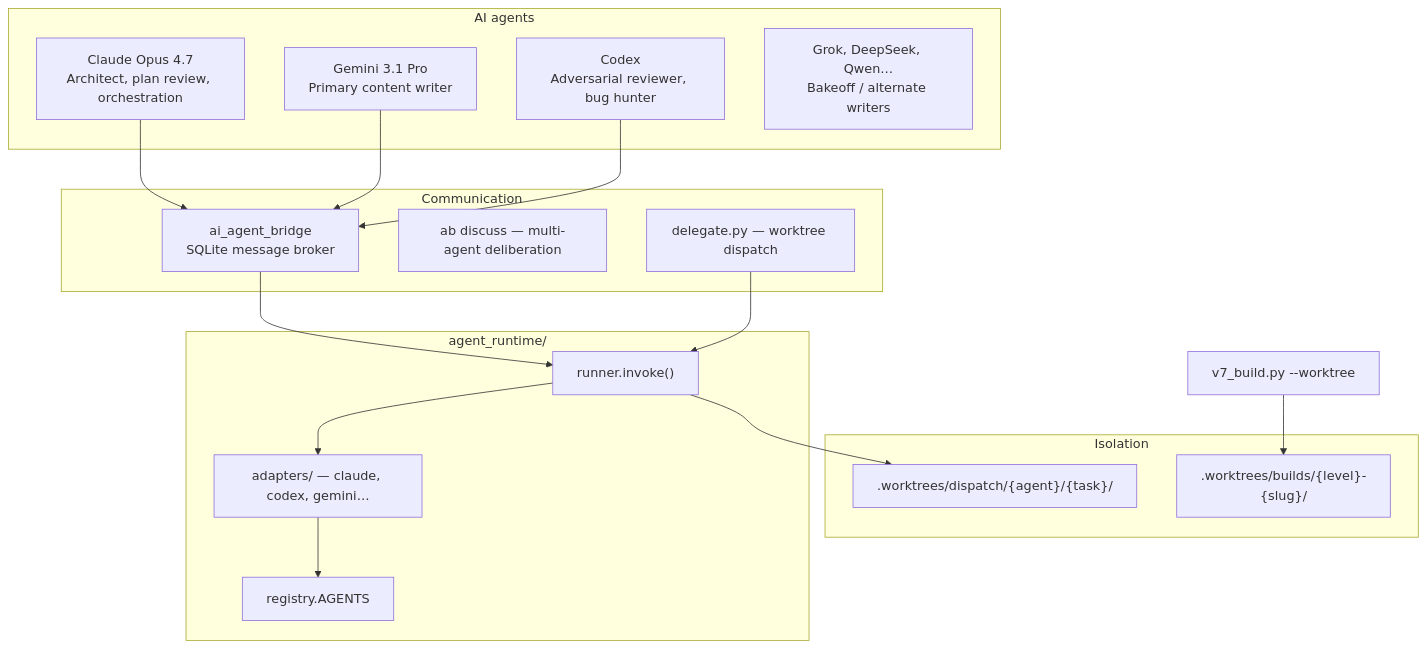
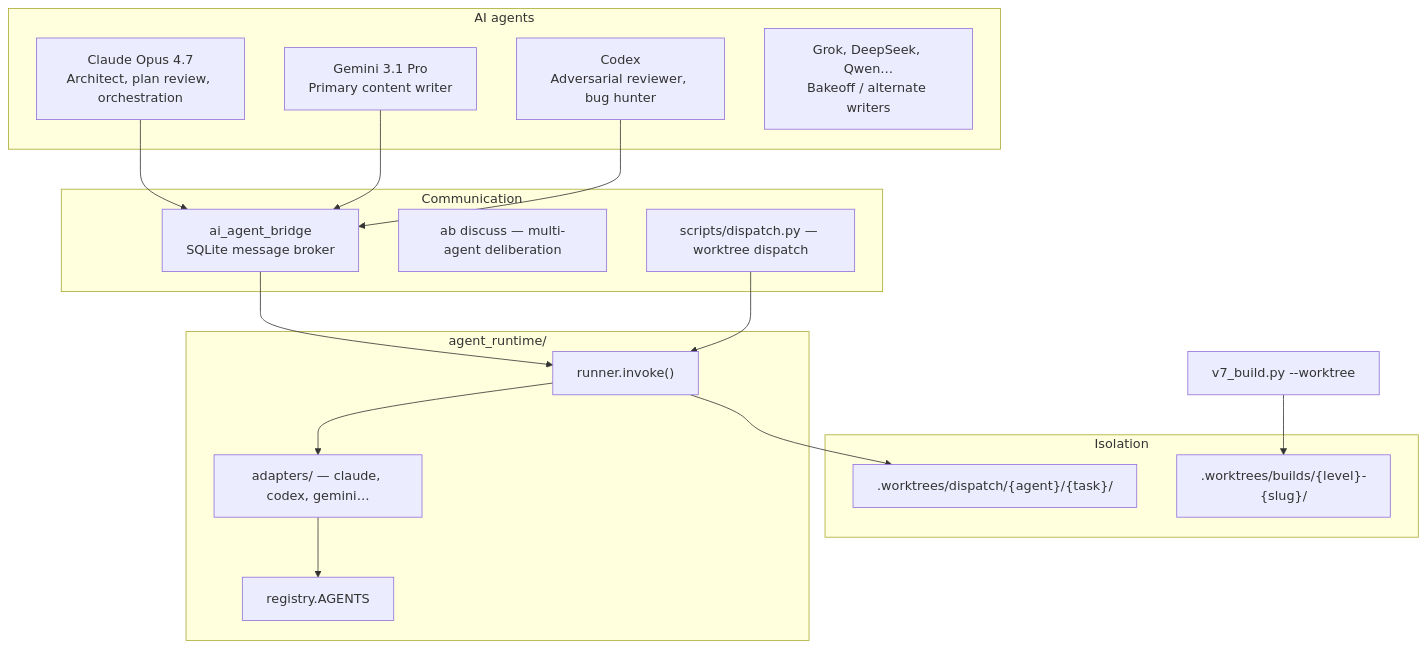
Before and after one commit to learn-ukrainian/learn-ukrainian.github.io: the sixth of 8 diagrams in docs/architecture/codebase-diagram.md, drawn with Mermaid. The commit also changed 50 other files, not shown here.

````diff
--- a/docs/architecture/codebase-diagram.md
+++ b/docs/architecture/codebase-diagram.md
@@ -202,36 +202,36 @@
 ```mermaid
 flowchart TB
     subgraph Agents["AI agents"]
         Claude["Claude Opus 4.7<br/>Architect, plan review, orchestration"]
         Gemini["Gemini 3.1 Pro<br/>Primary content writer"]
         Codex["Codex<br/>Adversarial reviewer, bug hunter"]
         Others["Grok, DeepSeek, Qwen…<br/>Bakeoff / alternate writers"]
     end
 
     subgraph Comms["Communication"]
         AB["ai_agent_bridge<br/>SQLite message broker"]
         Discuss["ab discuss — multi-agent deliberation"]
-        Delegate["delegate.py — worktree dispatch"]
+        Delegate["scripts/dispatch.py — worktree dispatch"]
     end
 
     subgraph Runtime["agent_runtime/"]
         Invoke["runner.invoke()"]
         Adapters["adapters/ — claude, codex, gemini…"]
         Registry["registry.AGENTS"]
     end
 
     subgraph Isolation["Isolation"]
         WT[".worktrees/dispatch/{agent}/{task}/"]
         BuildWT[".worktrees/builds/{level}-{slug}/"]
     end
 
     Claude --> AB
     Gemini --> AB
     Codex --> AB
     AB --> Invoke
     Delegate --> Invoke
     Invoke --> Adapters
     Adapters --> Registry
     Invoke --> WT
     V7Build["v7_build.py --worktree"] --> BuildWT
 ```
````
